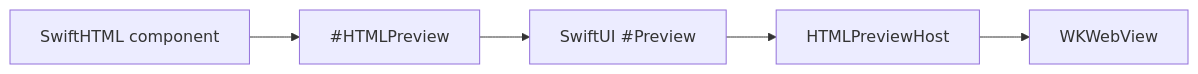
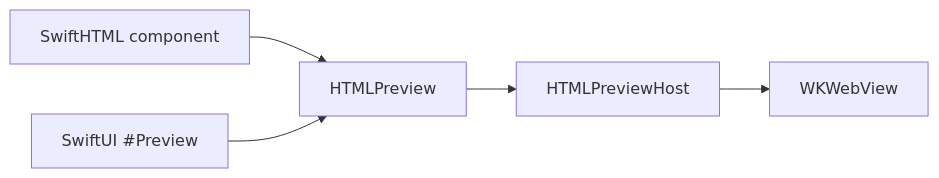
Before and after one commit to 1amageek/swift-html: the second of 2 diagrams in README.md, drawn with Mermaid. The commit also changed other lines of this file and 15 other files, not shown here.

Commit message:
Simplify HTML preview API

````diff
--- a/README.md
+++ b/README.md
@@ -305,7 +303,7 @@
 ```mermaid
 flowchart LR
-  Source["SwiftHTML component"] --> Macro["#HTMLPreview"]
-  Macro --> Preview["SwiftUI #Preview"]
-  Preview --> Host["HTMLPreviewHost"]
+  Source["SwiftHTML component"] --> View["HTMLPreview"]
+  Preview["SwiftUI #Preview"] --> View
+  View --> Host["HTMLPreviewHost"]
   Host --> WebKit["WKWebView"]
 ```
````
